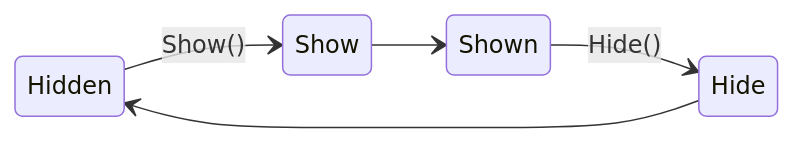
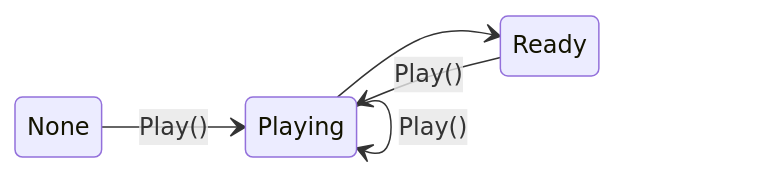
One commit to CatCodeGames/StatefulEffects changed the third of 4 diagrams in README.md. Above: the diagram before and after it, drawn with Mermaid. The commit also changed other lines of this file and 265 other files, not shown here.

````diff
--- a/README.md
+++ b/README.md
@@ -221,10 +154,9 @@
 ```mermaid
 stateDiagram-v2
     direction LR
 
-    Hidden --> Show : Show()
-    Show --> Shown
-
-    Shown --> Hide : Hide()
-    Hide --> Hidden
+    None --> Playing : Play()
+    Ready --> Playing : Play()
+    Playing --> Ready
+    Playing --> Playing : Play()
 ```
````
